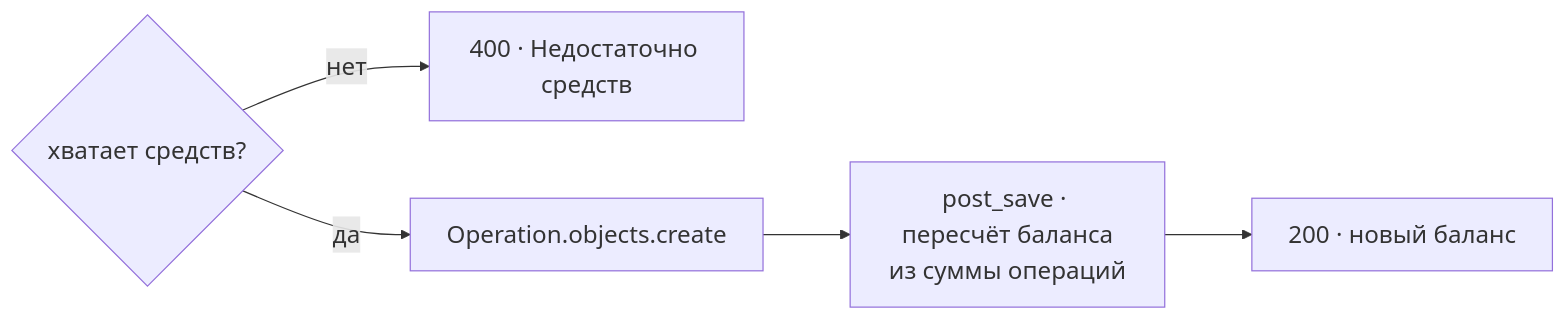
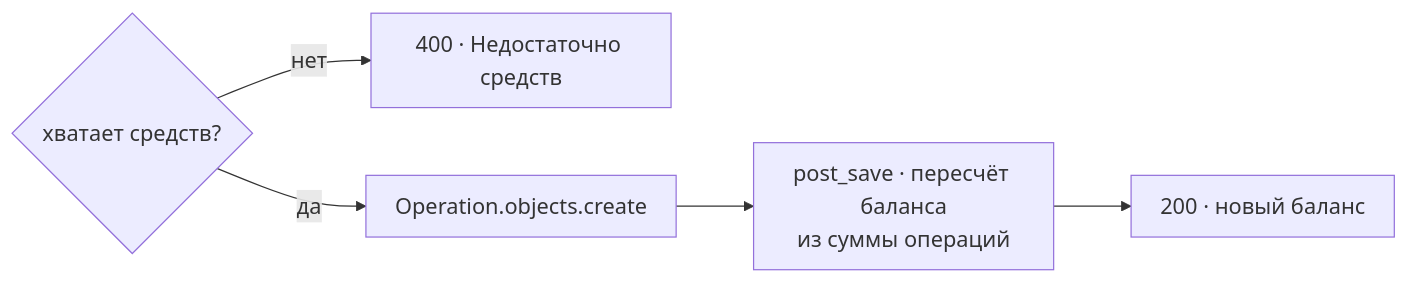
Before and after one commit to SlavaKlkv/wallet: the second of 2 diagrams in README.md, drawn with Mermaid. The commit also changed other lines of this file, not shown here.

Commit message:
Reduce Mermaid diagram font and spacing

````diff
--- a/README.md
+++ b/README.md
@@ -27,9 +27,9 @@
 ```mermaid
-%%{init: {"themeVariables": {"fontSize": "20px"}, "flowchart": {"nodeSpacing": 64, "rankSpacing": 72, "diagramPadding": 28}}}%%
+%%{init: {"themeVariables": {"fontSize": "18px"}, "flowchart": {"nodeSpacing": 56, "rankSpacing": 64, "diagramPadding": 24, "padding": 12}}}%%
 flowchart LR
   V{"хватает средств?"}
   V -- нет --> E["400 · Недостаточно средств"]
   V -- да --> O["Operation.objects.create"]
   O --> S["post_save · пересчёт баланса<br/>из суммы операций"]
   S --> A["200 · новый баланс"]
 ```
````
